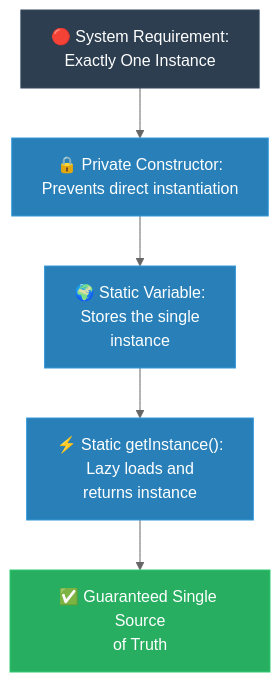
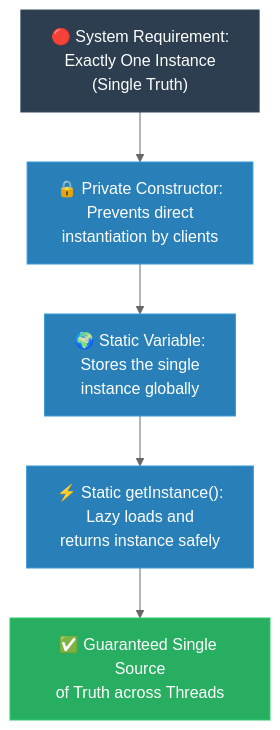
Before and after one commit to GuideStack/iblogger-feeds: the diagram in feeds/concepts/design-patterns/01-mit-professor/01-singleton.md, drawn with Mermaid (neutral theme). The commit also changed other lines of this file and 15 other files, not shown here.

````diff
--- a/feeds/concepts/design-patterns/01-mit-professor/01-singleton.md
+++ b/feeds/concepts/design-patterns/01-mit-professor/01-singleton.md
@@ -96,11 +99,11 @@
 ```mermaid
 flowchart TD
     classDef axiom fill:#2c3e50,stroke:#34495e,color:#fff
     classDef derivation fill:#2980b9,stroke:#3498db,color:#fff
     classDef result fill:#27ae60,stroke:#2ecc71,color:#fff
 
-    A["🔴 System Requirement:<br/>Exactly One Instance"]:::axiom --> B["🔒 Private Constructor:<br/>Prevents direct instantiation"]:::derivation
-    B --> C["🌍 Static Variable:<br/>Stores the single<br/>instance"]:::derivation
-    C --> D["⚡ Static getInstance():<br/>Lazy loads and<br/>returns instance"]:::derivation
-    D --> E["✅ Guaranteed Single Source<br/>of Truth"]:::result
+    A["🔴 System Requirement:<br/>Exactly One Instance<br/>(Single Truth)"]:::axiom --> B["🔒 Private Constructor:<br/>Prevents direct<br/>instantiation by clients"]:::derivation
+    B --> C["🌍 Static Variable:<br/>Stores the single<br/>instance globally"]:::derivation
+    C --> D["⚡ Static getInstance():<br/>Lazy loads and<br/>returns instance safely"]:::derivation
+    D --> E["✅ Guaranteed Single Source<br/>of Truth across Threads"]:::result
 ```
````
